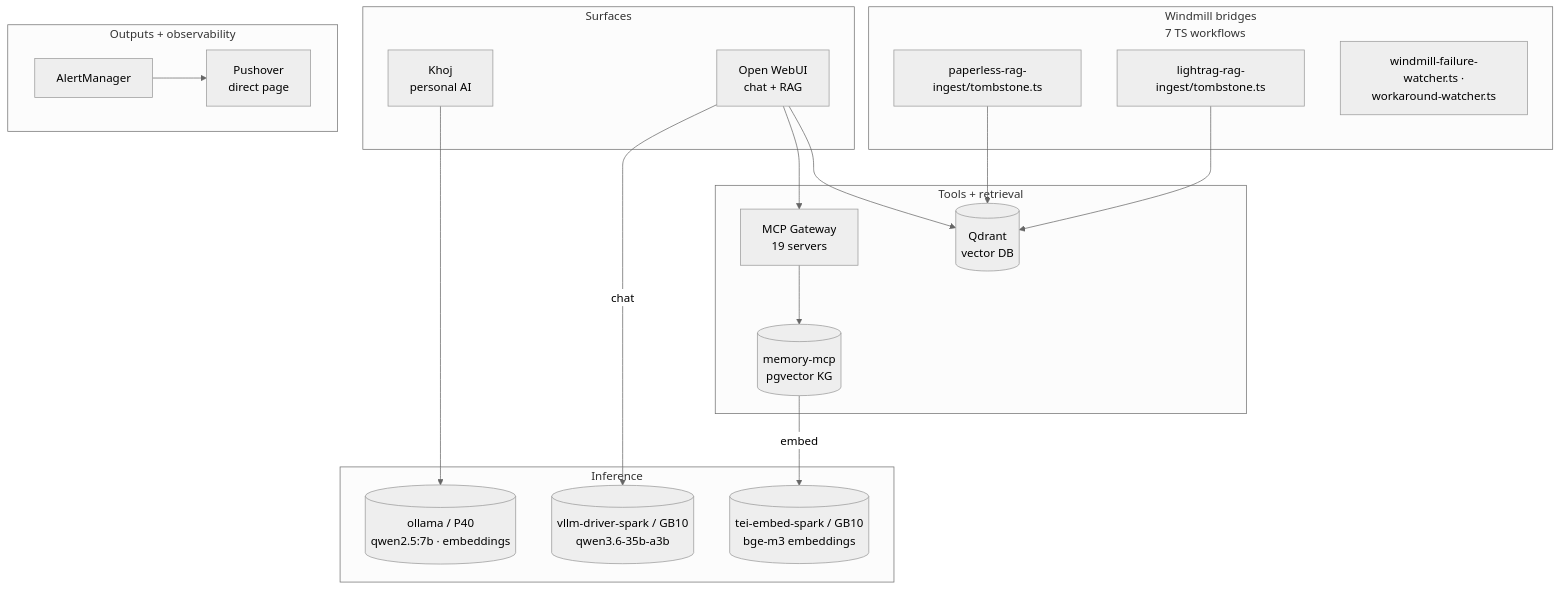
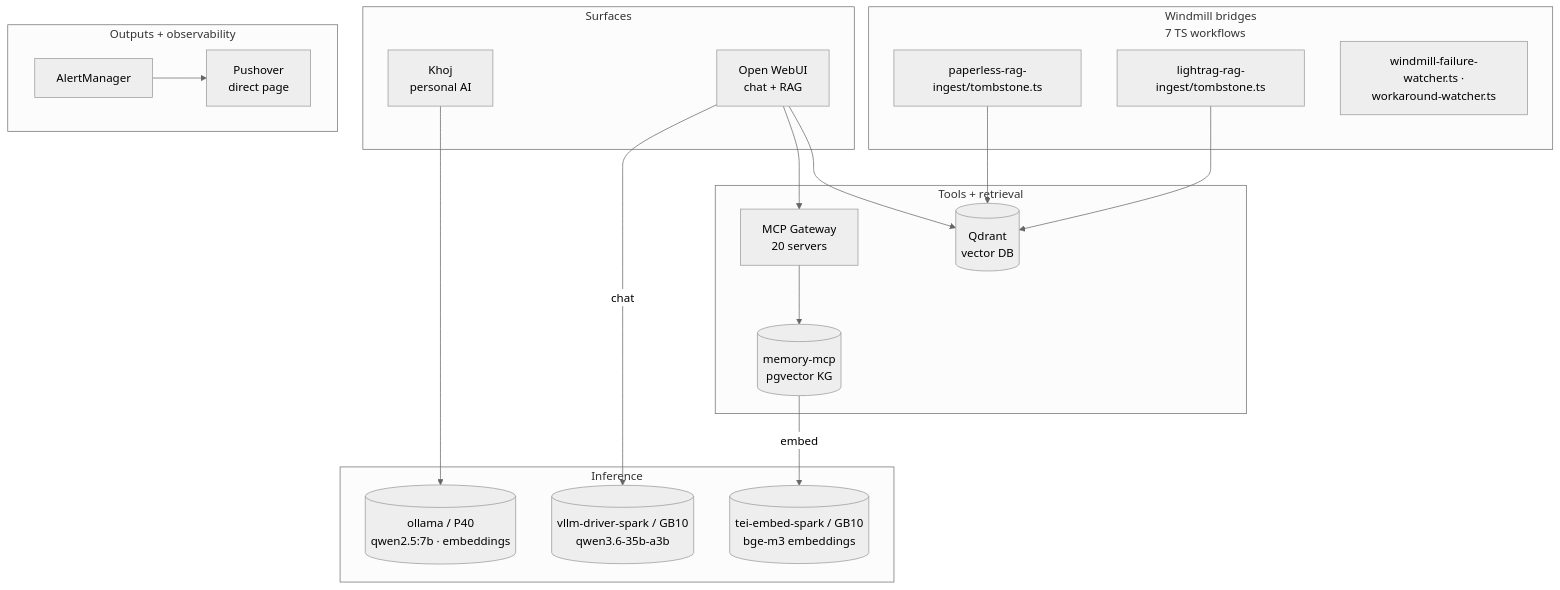
The second of 2 diagrams in README.md (rwlove/home-ops), drawn with Mermaid (neutral theme) before and after one commit. The commit also changed other lines of this file and 14 other files, not shown here.

````diff
--- a/README.md
+++ b/README.md
@@ -316,39 +316,39 @@
 ```mermaid
 flowchart TB
     subgraph Surfaces[Surfaces]
         OWUI[Open WebUI<br/>chat + RAG]
         Khoj[Khoj<br/>personal AI]
     end
 
     subgraph Bridges[Windmill bridges<br/>7 TS workflows]
         WPaperless[paperless-rag-ingest/tombstone.ts]
         WLightrag[lightrag-rag-ingest/tombstone.ts]
         WOther[windmill-failure-watcher.ts ·<br/>workaround-watcher.ts]
     end
 
     subgraph Inference[Inference]
         OllamaP40[(ollama / P40<br/>qwen2.5:7b · embeddings)]
         VllmDriver[(vllm-driver-spark / GB10<br/>qwen3.6-35b-a3b)]
         TeiEmbed[(tei-embed-spark / GB10<br/>bge-m3 embeddings)]
     end
 
     subgraph Tools[Tools + retrieval]
-        Gw[MCP Gateway<br/>19 servers]
+        Gw[MCP Gateway<br/>20 servers]
         Q[(Qdrant<br/>vector DB)]
         Mem[(memory-mcp<br/>pgvector KG)]
     end
 
     subgraph Outputs[Outputs + observability]
         AM[AlertManager]
         Push[Pushover<br/>direct page]
     end
 
     OWUI -->|chat| VllmDriver
     OWUI --> Gw --> Mem
     OWUI --> Q
     Mem -->|embed| TeiEmbed
     Khoj --> OllamaP40
     WPaperless --> Q
     WLightrag --> Q
     AM --> Push
 ```
````
